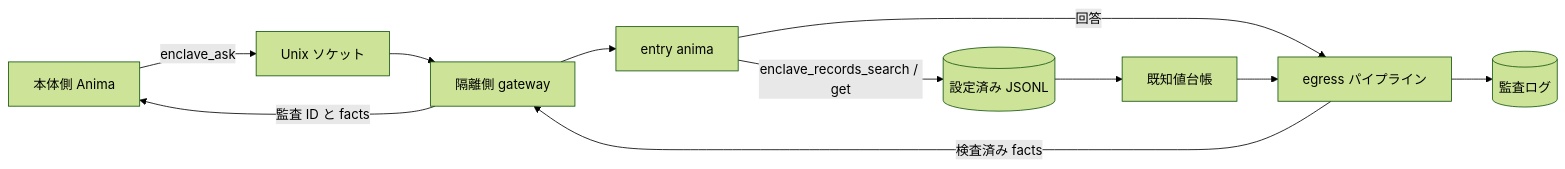
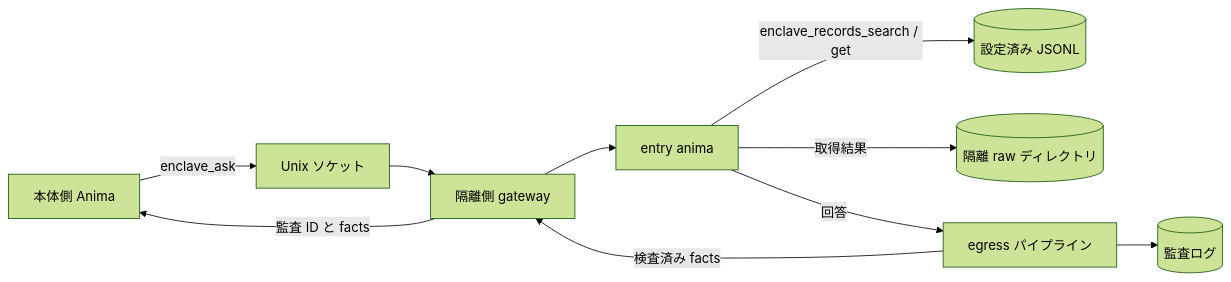
The diagram in docs/ja/enclave.md (cmnt1/animaworks), drawn with Mermaid (forest theme) before and after one commit. The commit also changed other lines of this file and 32 other files, not shown here.

````diff
--- a/docs/ja/enclave.md
+++ b/docs/ja/enclave.md
@@ -9,13 +9,12 @@
 ```mermaid
 flowchart LR
     H[本体側 Anima] -->|enclave_ask| S[Unix ソケット]
     S --> G[隔離側 gateway]
     G --> A[entry anima]
     A -->|enclave_records_search / get| D[(設定済み JSONL)]
-    D --> L[既知値台帳]
+    A -->|取得結果| R[(隔離 raw ディレクトリ)]
     A -->|回答| E[egress パイプライン]
-    L --> E
     E -->|検査済み facts| G
     G -->|監査 ID と facts| H
     E --> Q[(監査ログ)]
 ```
````
